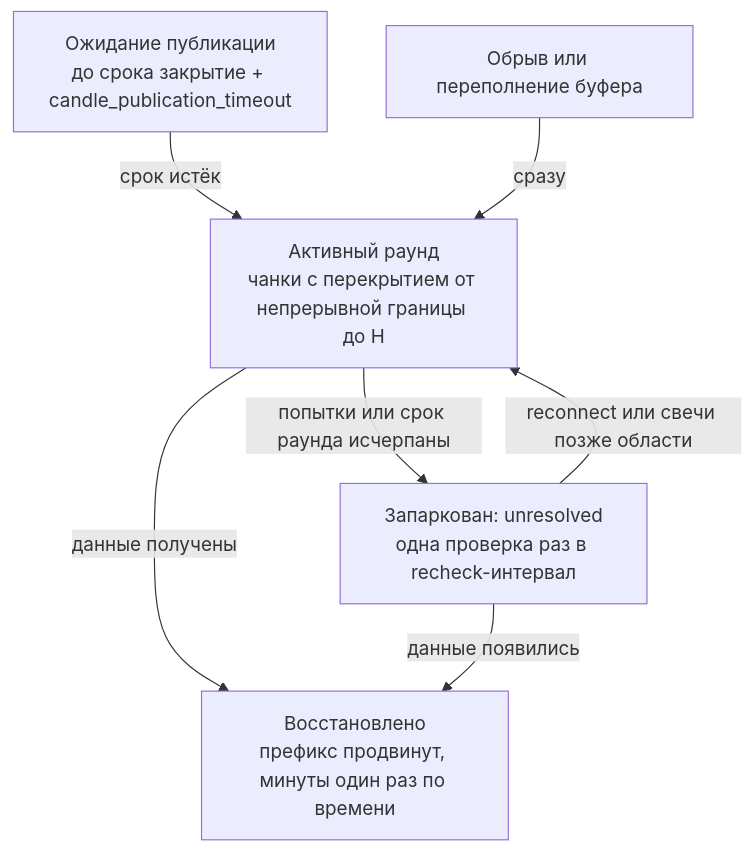
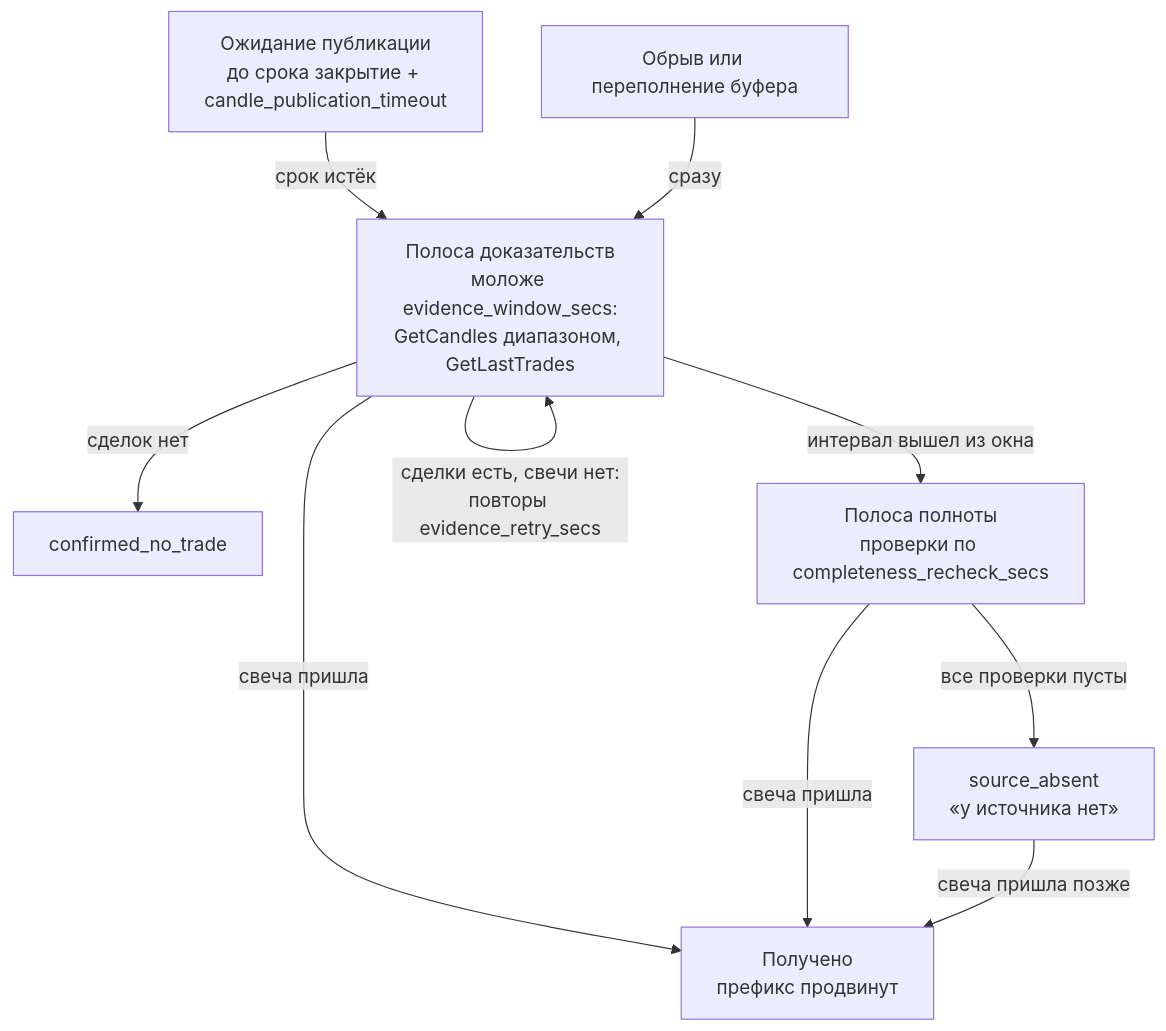
Before and after one commit to vladilenao/My_roBot: the fourth of 5 diagrams in docs/market-data/live-ingestion.md, drawn with Mermaid. The commit also changed other lines of this file and 8 other files, not shown here.

First line of the commit message:
docs(data): полосы данных, арбитр, окно полноты и пометка пропущенной минуты

````diff
--- a/docs/market-data/live-ingestion.md
+++ b/docs/market-data/live-ingestion.md
@@ -120,9 +195,12 @@
 ```mermaid
 flowchart TD
-    W["Ожидание публикации<br/>до срока закрытие + candle_publication_timeout"] -->|"срок истёк"| A
-    L["Обрыв или переполнение буфера"] -->|"сразу"| A
-    A["Активный раунд<br/>чанки с перекрытием от непрерывной границы до H"] -->|"данные получены"| R["Восстановлено<br/>префикс продвинут, минуты один раз по времени"]
-    A -->|"попытки или срок раунда исчерпаны"| P["Запаркован: unresolved<br/>одна проверка раз в recheck-интервал"]
-    P -->|"данные появились"| R
-    P -->|"reconnect или свечи позже области"| A
+    W["Ожидание публикации<br/>до срока закрытие + candle_publication_timeout"] -->|"срок истёк"| E
+    L["Обрыв или переполнение буфера"] -->|"сразу"| E
+    E["Полоса доказательств<br/>моложе evidence_window_secs:<br/>GetCandles диапазоном, GetLastTrades"] -->|"свеча пришла"| R["Получено<br/>префикс продвинут"]
+    E -->|"сделок нет"| N["confirmed_no_trade"]
+    E -->|"сделки есть, свечи нет:<br/>повторы evidence_retry_secs"| E
+    E -->|"интервал вышел из окна"| C["Полоса полноты<br/>проверки по completeness_recheck_secs"]
+    C -->|"свеча пришла"| R
+    C -->|"все проверки пусты"| A["source_absent<br/>«у источника нет»"]
+    A -->|"свеча пришла позже"| R
 ```
````
